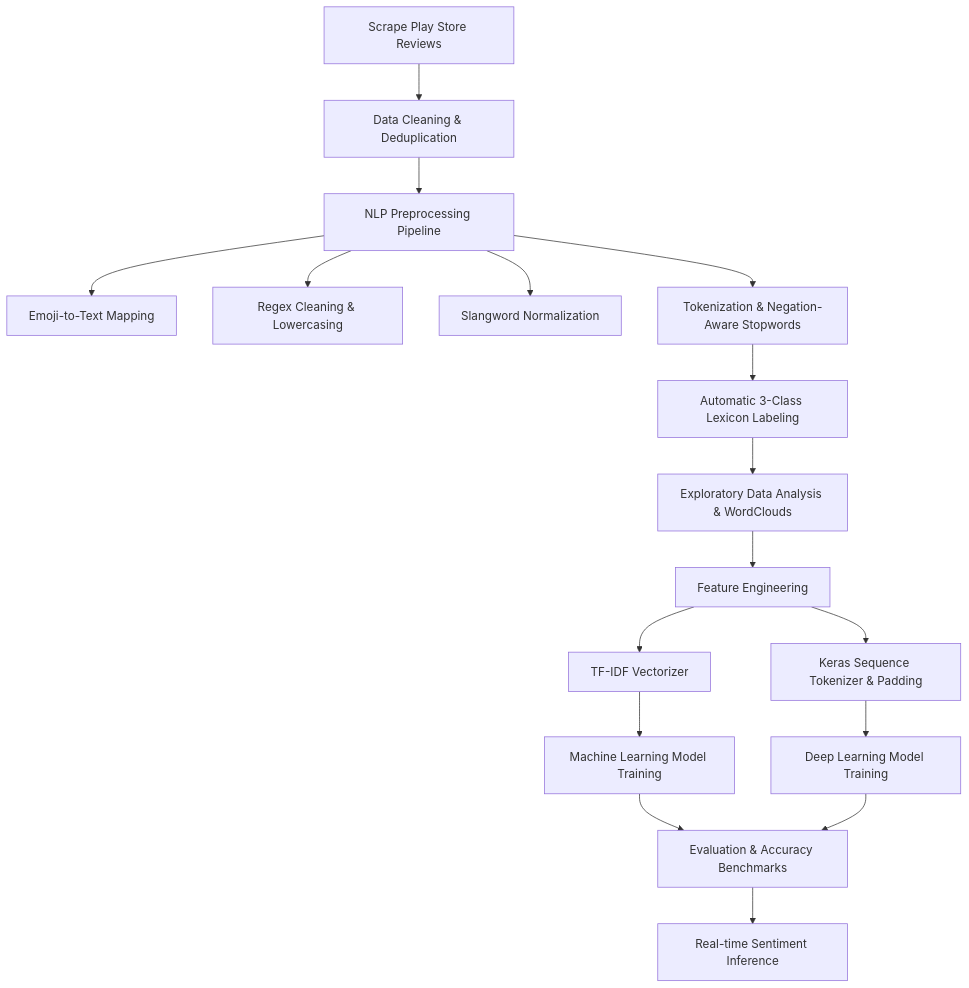
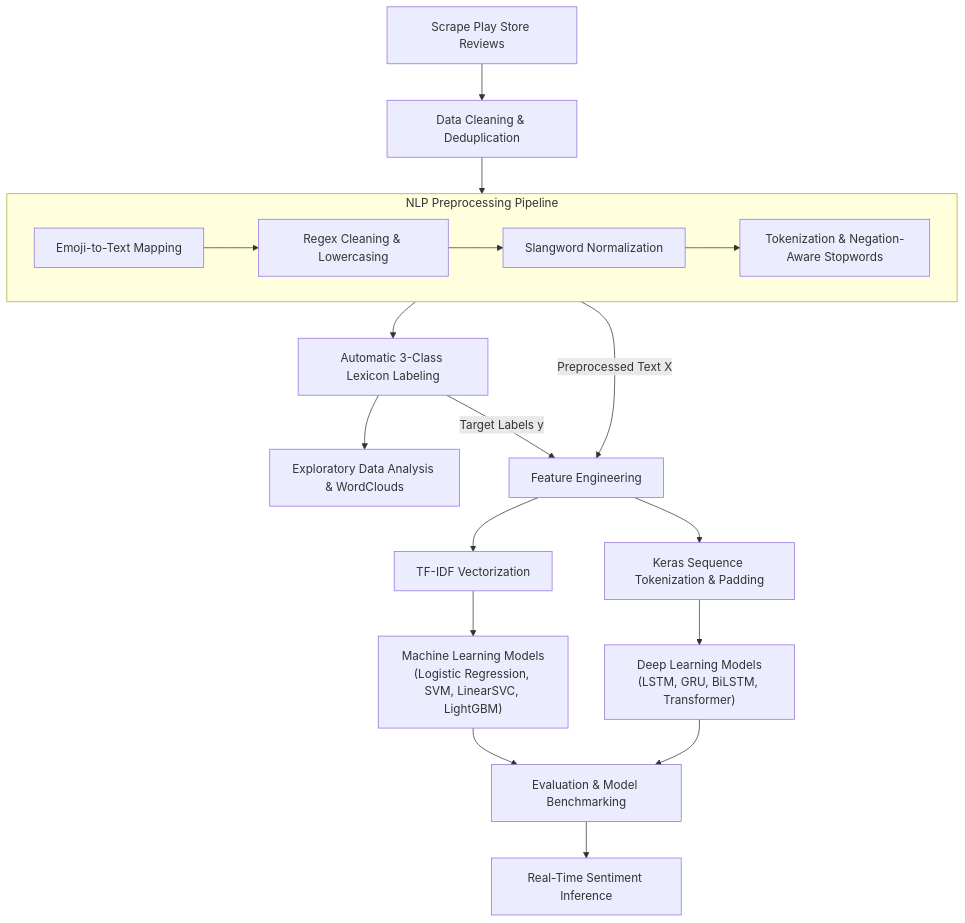
One commit to adichondro/JAKI-Sentiment-Analysis changed the diagram in README.md. Above: the diagram before and after it, drawn with Mermaid. The commit also changed other lines of this file, not shown here.

Commit message:
docs: refine architecture flowchart data flow in README

````diff
--- a/README.md
+++ b/README.md
@@ -37,19 +37,28 @@
 ```mermaid
 flowchart TD
     A[Scrape Play Store Reviews] --> B[Data Cleaning & Deduplication]
-    B --> C[NLP Preprocessing Pipeline]
-    C --> C1[Emoji-to-Text Mapping]
-    C --> C2[Regex Cleaning & Lowercasing]
-    C --> C3[Slangword Normalization]
-    C --> C4[Tokenization & Negation-Aware Stopwords]
-    C4 --> D[Automatic 3-Class Lexicon Labeling]
+    
+    subgraph Preprocessing["NLP Preprocessing Pipeline"]
+        C1[Emoji-to-Text Mapping] --> C2[Regex Cleaning & Lowercasing]
+        C2 --> C3[Slangword Normalization]
+        C3 --> C4[Tokenization & Negation-Aware Stopwords]
+    end
+
+    B --> Preprocessing
+    Preprocessing --> D[Automatic 3-Class Lexicon Labeling]
+    
     D --> E[Exploratory Data Analysis & WordClouds]
-    E --> F[Feature Engineering]
-    F --> F1[TF-IDF Vectorizer]
-    F --> F2[Keras Sequence Tokenizer & Padding]
-    F1 --> G[Machine Learning Model Training]
-    F2 --> H[Deep Learning Model Training]
-    G --> I[Evaluation & Accuracy Benchmarks]
+    
+    Preprocessing -->|Preprocessed Text X| F[Feature Engineering]
+    D -->|Target Labels y| F
+    
+    F --> F1[TF-IDF Vectorization]
+    F --> F2[Keras Sequence Tokenization & Padding]
+    
+    F1 --> G["Machine Learning Models<br>(Logistic Regression, SVM, LinearSVC, LightGBM)"]
+    F2 --> H["Deep Learning Models<br>(LSTM, GRU, BiLSTM, Transformer)"]
+    
+    G --> I[Evaluation & Model Benchmarking]
     H --> I
-    I --> J[Real-time Sentiment Inference]
+    I --> J[Real-Time Sentiment Inference]
 ```
````
